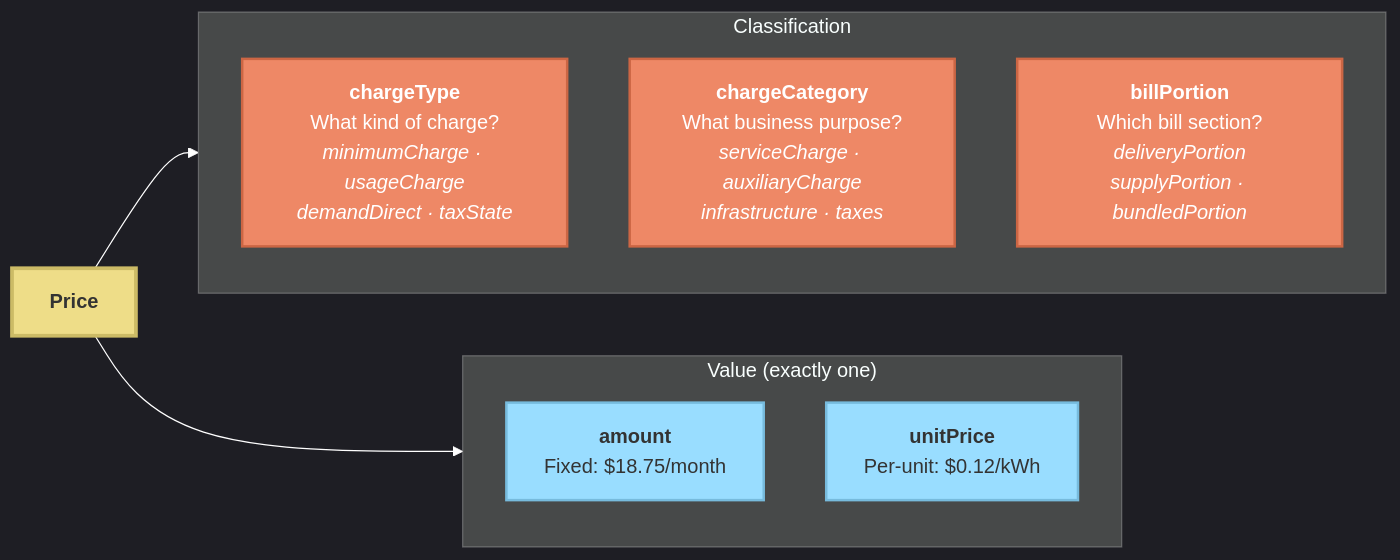
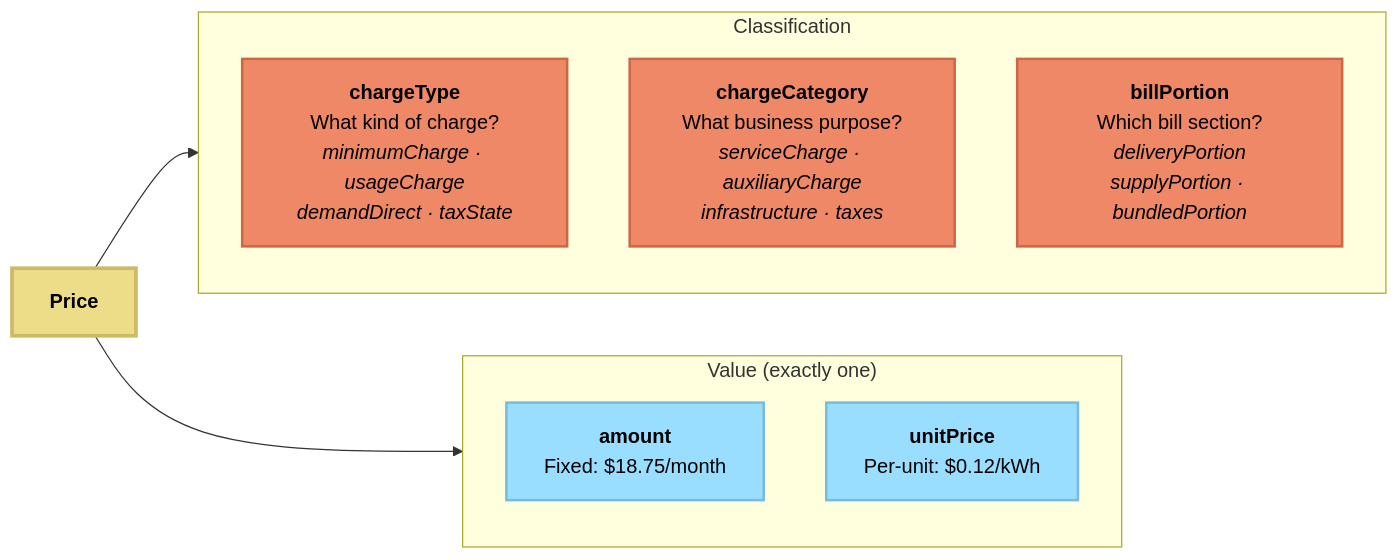
The second of 5 diagrams in documentation/pages/urpx-tutorial.md (urpx-org/urpx), drawn with Mermaid before and after one commit. The commit also changed other lines of this file and 65 other files, not shown here.

````diff
--- a/documentation/pages/urpx-tutorial.md
+++ b/documentation/pages/urpx-tutorial.md
@@ -309,30 +308,29 @@
 ```mermaid
-%%{init: {'theme':'dark', 'themeVariables': { 'darkMode':'true', 'background':'#000000', 'primaryColor':'#77AADD', 'primaryTextColor':'#ffffff', 'primaryBorderColor':'#5588BB', 'lineColor':'#ffffff', 'secondaryColor':'#44BB99', 'tertiaryColor':'#EE8866', 'textColor':'#ffffff', 'nodeTextColor':'#ffffff'}}}%%
 
 graph LR
     Price["<b>Price</b>"]
 
     subgraph Classification["Classification"]
         direction TB
         CT["<b>chargeType</b><br/>What kind of charge?<br/><i>minimumCharge · usageCharge<br/>demandDirect · taxState</i>"]
         CC["<b>chargeCategory</b><br/>What business purpose?<br/><i>serviceCharge · auxiliaryCharge<br/>infrastructure · taxes</i>"]
         BP["<b>billPortion</b><br/>Which bill section?<br/><i>deliveryPortion<br/>supplyPortion · bundledPortion</i>"]
     end
 
     subgraph Value["Value (exactly one)"]
         direction TB
         Amt["<b>amount</b><br/>Fixed: $18.75/month"]
         UP["<b>unitPrice</b><br/>Per-unit: $0.12/kWh"]
     end
 
     Price --> Classification
     Price --> Value
 
-    classDef priceClass fill:#EEDD88,stroke:#CCBB66,stroke-width:3px,color:#333
-    classDef classifyClass fill:#EE8866,stroke:#CC6644,stroke-width:2px,color:#fff
-    classDef valueClass fill:#99DDFF,stroke:#77BBDD,stroke-width:2px,color:#333
+    classDef priceClass fill:#EEDD88,stroke:#CCBB66,stroke-width:3px,color:#000
+    classDef classifyClass fill:#EE8866,stroke:#CC6644,stroke-width:2px,color:#000
+    classDef valueClass fill:#99DDFF,stroke:#77BBDD,stroke-width:2px,color:#000
 
     class Price priceClass
     class CT,CC,BP classifyClass
     class Amt,UP valueClass
 ```
````
